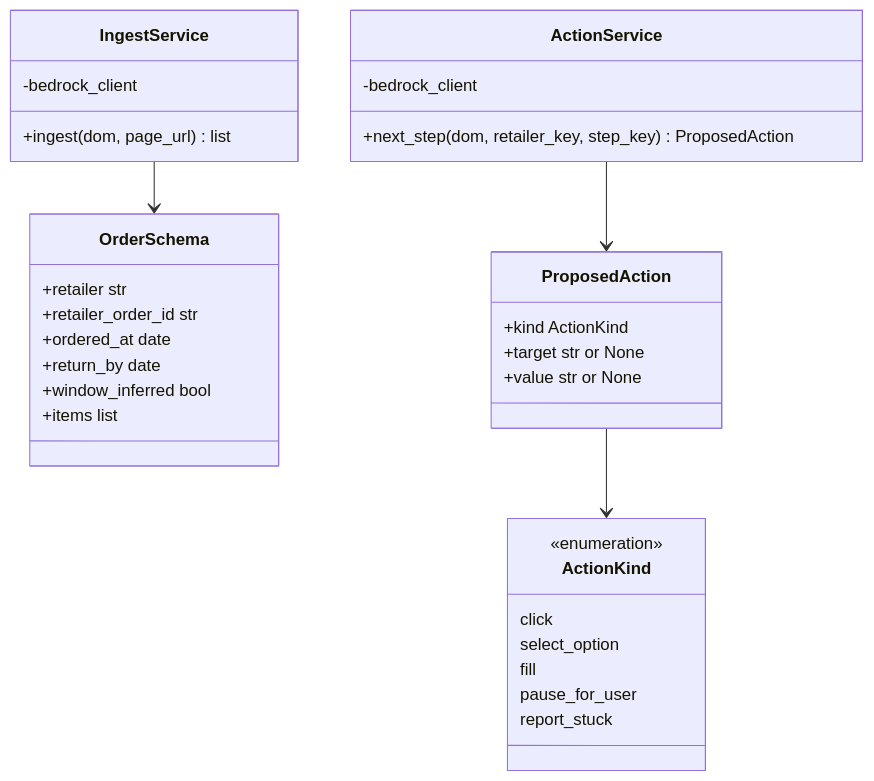
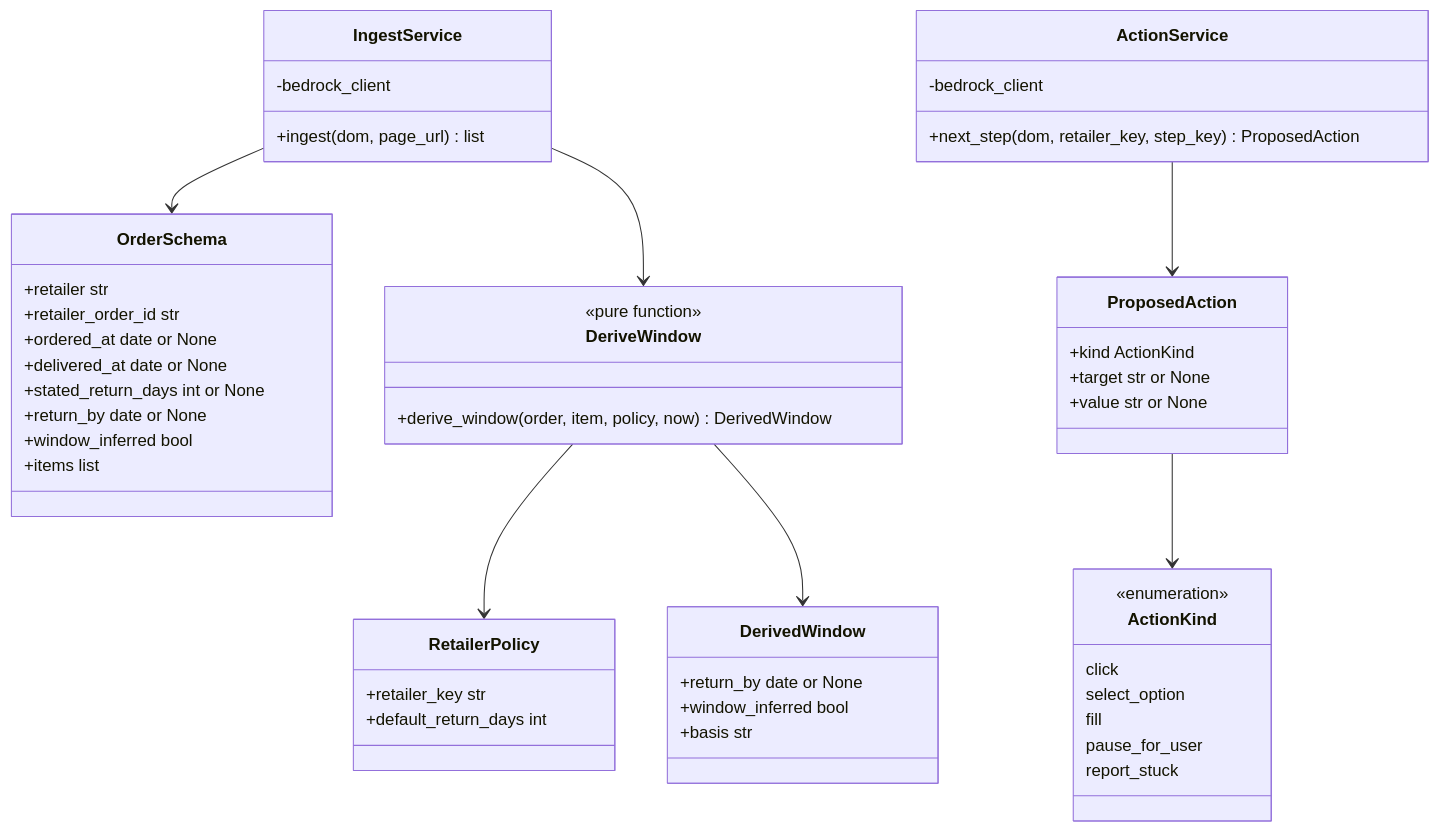
Before and after one commit to jacklvd/boomerang: the fourth of 16 diagrams in design/boomerang-low-level-design.md, drawn with Mermaid. The commit also changed other lines of this file and 4 other files, not shown here.

````diff
--- a/design/boomerang-low-level-design.md
+++ b/design/boomerang-low-level-design.md
@@ -483,35 +577,53 @@
 ```mermaid
 classDiagram
     class IngestService {
         -bedrock_client
         +ingest(dom, page_url) list
     }
     class ActionService {
         -bedrock_client
         +next_step(dom, retailer_key, step_key) ProposedAction
     }
     class OrderSchema {
         +retailer str
         +retailer_order_id str
-        +ordered_at date
-        +return_by date
+        +ordered_at date or None
+        +delivered_at date or None
+        +stated_return_days int or None
+        +return_by date or None
         +window_inferred bool
         +items list
+    }
+    class RetailerPolicy {
+        +retailer_key str
+        +default_return_days int
+    }
+    class DerivedWindow {
+        +return_by date or None
+        +window_inferred bool
+        +basis str
     }
     class ProposedAction {
         +kind ActionKind
         +target str or None
         +value str or None
     }
     class ActionKind {
         <<enumeration>>
         click
         select_option
         fill
         pause_for_user
         report_stuck
     }
+    class DeriveWindow {
+        <<pure function>>
+        +derive_window(order, item, policy, now) DerivedWindow
+    }
     ProposedAction --> ActionKind
     IngestService --> OrderSchema
+    IngestService --> DeriveWindow
     ActionService --> ProposedAction
+    DeriveWindow --> RetailerPolicy
+    DeriveWindow --> DerivedWindow
 ```
````
